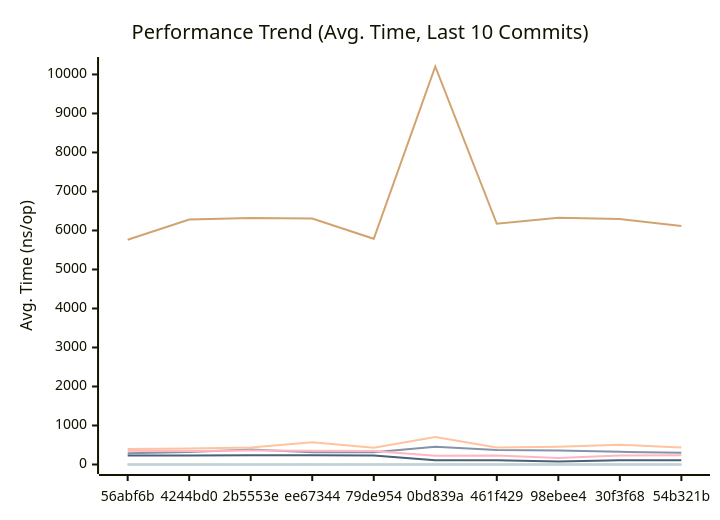
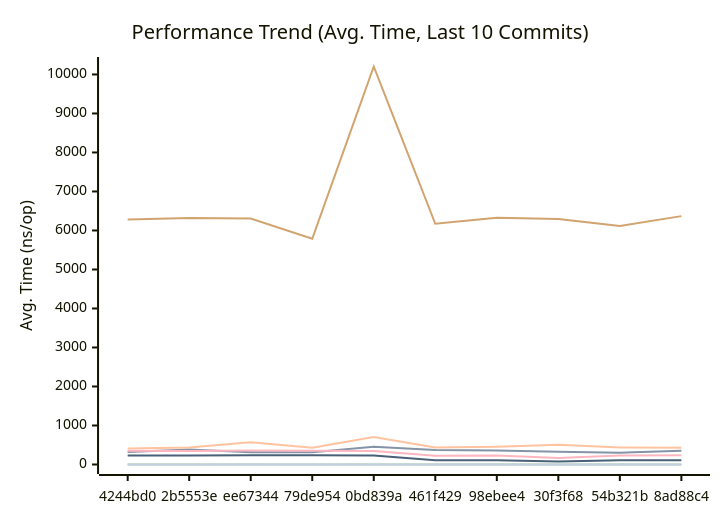
One commit to alsotoes/momo changed the first of 3 diagrams in docs/PERFORMANCE.md. Above: the diagram before and after it, drawn with Mermaid. The commit also changed other lines of this file and 2 other files, not shown here.

````diff
--- a/docs/PERFORMANCE.md
+++ b/docs/PERFORMANCE.md
@@ -80,16 +120,16 @@
 ```mermaid
 xychart-beta
     title "Performance Trend (Avg. Time, Last 10 Commits)"
     x-axis "Commit"
     y-axis "Avg. Time (ns/op)"
-    x-axis [56abf6b,4244bd0,2b5553e,ee67344,79de954,0bd839a,461f429,98ebee4,30f3f68,54b321b]
-    line "CheckMetricsAndSwap" [9,8,8,10,8,18,9,10,8,9]
-    line "CrushOptimized" [291,320,382,312,314,456,371,361,325,299]
-    line "CrushOriginal" [400,411,439,573,431,705,437,457,505,436]
+    x-axis [4244bd0,2b5553e,ee67344,79de954,0bd839a,461f429,98ebee4,30f3f68,54b321b,8ad88c4]
+    line "CheckMetricsAndSwap" [8,8,10,8,18,9,10,8,9,9]
+    line "CrushOptimized" [320,382,312,314,456,371,361,325,299,354]
+    line "CrushOriginal" [411,439,573,431,705,437,457,505,436,427]
     line "IndexDirectTracking" [0,0,0,0,0,0,0,0,0,0]
     line "IndexSearch" [3,3,3,3,3,3,3,3,3,3]
-    line "LoadGlobalConfig" [5764,6283,6321,6306,5787,10204,6171,6327,6294,6114]
-    line "PadString" [2,2,2,2,2,2,2,2,3,2]
+    line "LoadGlobalConfig" [6283,6321,6306,5787,10204,6171,6327,6294,6114,6368]
+    line "PadString" [2,2,2,2,2,2,2,3,2,2]
     line "ParseReplicationOrder_NoPrealloc" [350,349,357,354,345,225,229,165,232,234]
     line "ParseReplicationOrder_Prealloc" [229,231,237,234,229,108,107,80,110,109]
 ```
````
